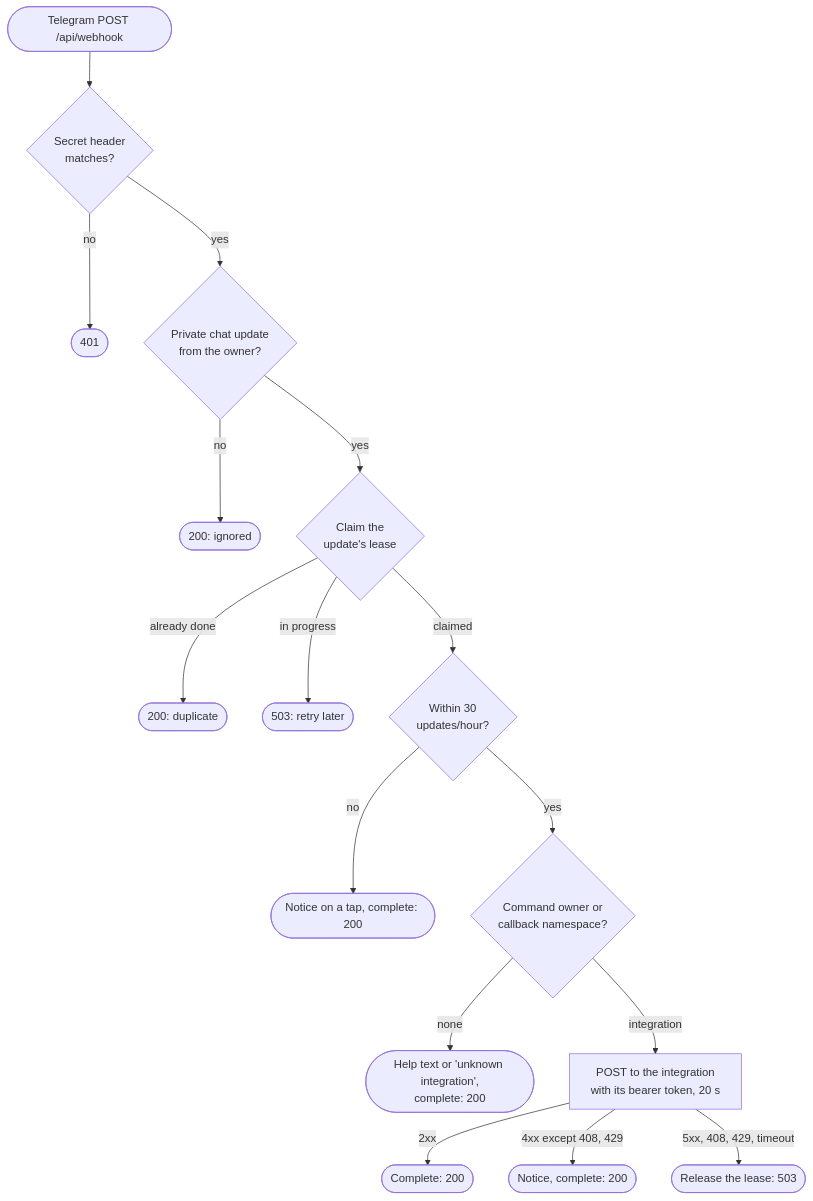
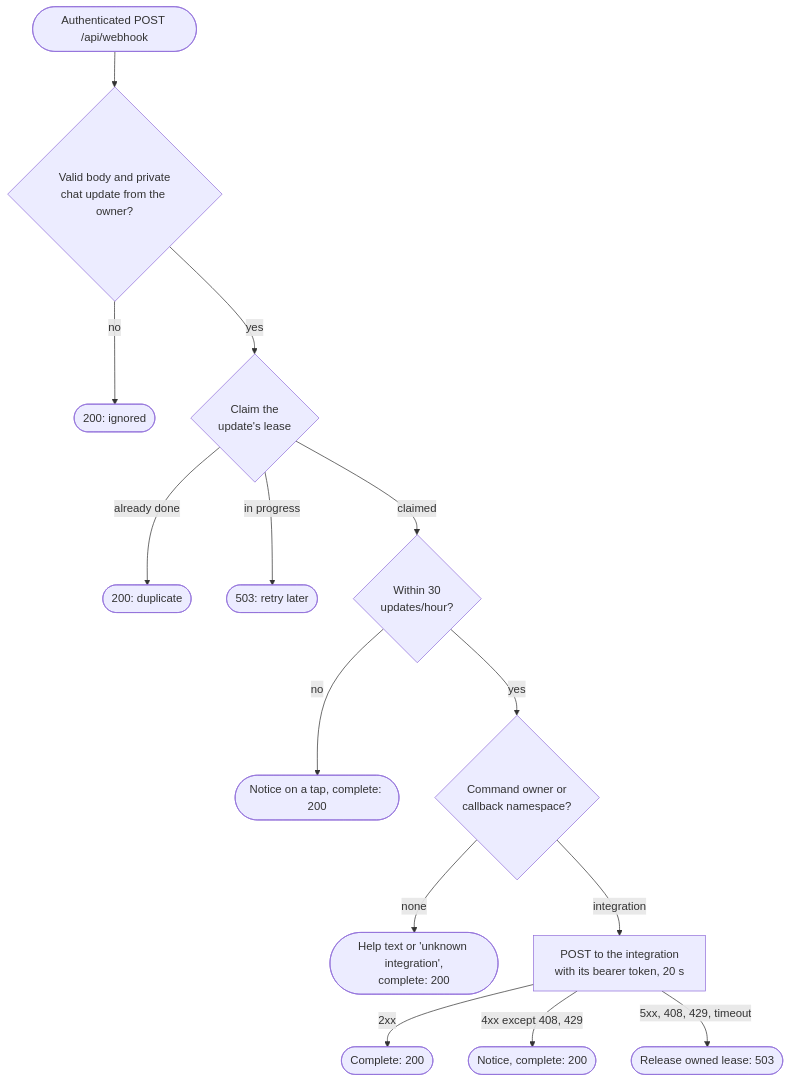
One commit to itemka/nodejs-backend-mastery changed the first of 2 diagrams in workspaces/apps/telegram-webhook-hub/docs/webhook-flow.md. Above: the diagram before and after it, drawn with Mermaid. The commit also changed other lines of this file and 5 other files, not shown here.

````diff
--- a/workspaces/apps/telegram-webhook-hub/docs/webhook-flow.md
+++ b/workspaces/apps/telegram-webhook-hub/docs/webhook-flow.md
@@ -12,18 +17,16 @@
 ```mermaid
 flowchart TD
-  Update([Telegram POST /api/webhook]) --> Secret{Secret header<br/>matches?}
-  Secret -->|no| Unauth([401])
-  Secret -->|yes| Owner{Private chat update<br/>from the owner?}
+  Update([Authenticated POST /api/webhook]) --> Owner{Valid body and private<br/>chat update from the owner?}
   Owner -->|no| Ignore([200: ignored])
   Owner -->|yes| Claim{Claim the<br/>update's lease}
   Claim -->|already done| Dup([200: duplicate])
   Claim -->|in progress| Busy([503: retry later])
   Claim -->|claimed| Quota{Within 30<br/>updates/hour?}
   Quota -->|no| Limited([Notice on a tap, complete: 200])
   Quota -->|yes| Route{Command owner or<br/>callback namespace?}
   Route -->|none| Help([Help text or 'unknown integration',<br/>complete: 200])
   Route -->|integration| Forward[POST to the integration<br/>with its bearer token, 20 s]
   Forward -->|2xx| Done([Complete: 200])
   Forward -->|4xx except 408, 429| Refused([Notice, complete: 200])
-  Forward -->|5xx, 408, 429, timeout| Retry([Release the lease: 503])
+  Forward -->|5xx, 408, 429, timeout| Retry([Release owned lease: 503])
 ```
````
